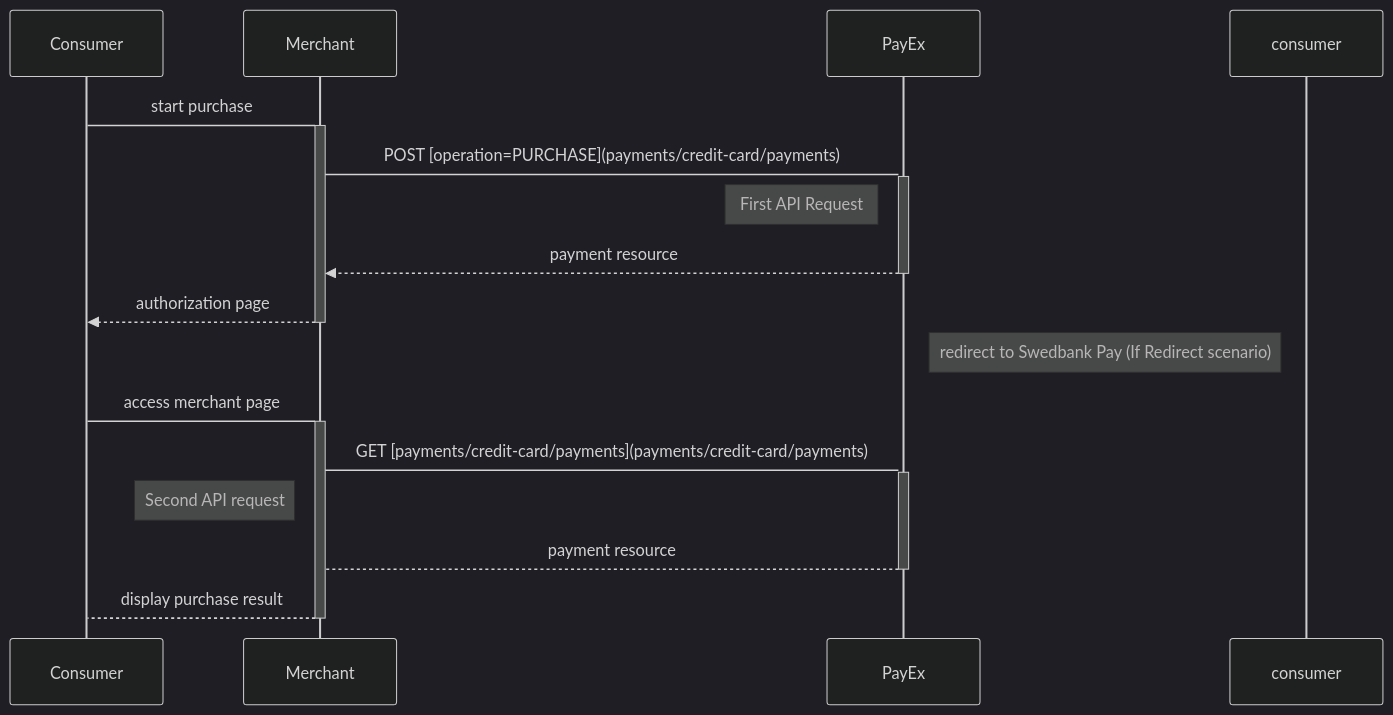
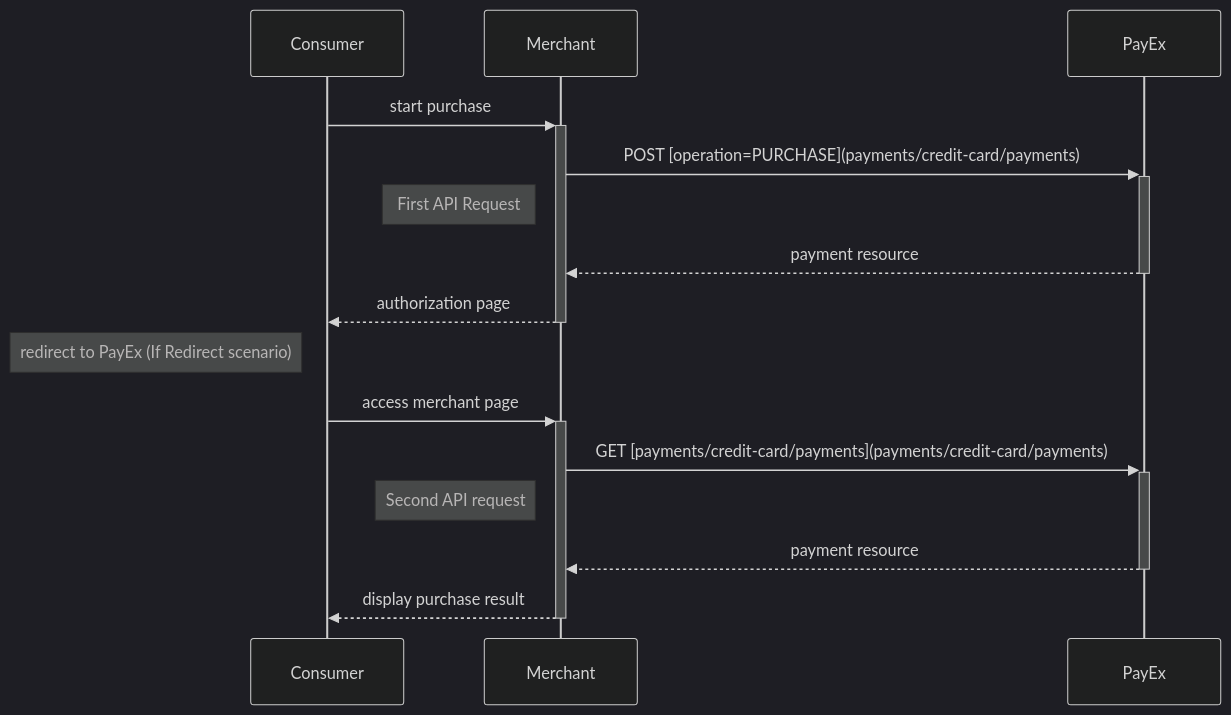
Before and after one commit to SwedbankPay/developer.swedbankpay.com: the first of 2 diagrams in payments/credit-card/index.md, drawn with Mermaid (dark theme). The commit also changed other lines of this file and 3 other files, not shown here.

````diff
--- a/payments/credit-card/index.md
+++ b/payments/credit-card/index.md
@@ -65,15 +73,15 @@
 ```mermaid
 sequenceDiagram
-    Consumer->+Merchant: start purchase
-    Merchant->+PayEx: POST [operation=PURCHASE](payments/credit-card/payments)
-    Note left of PayEx: First API Request
+    Consumer->>+Merchant: start purchase
+    Merchant->>+PayEx: POST [operation=PURCHASE](payments/credit-card/payments)
+    Note left of Merchant: First API Request
     PayEx-->>-Merchant: payment resource
     Merchant-->>-Consumer: authorization page
-    note left of consumer: redirect to Swedbank Pay (If Redirect scenario)
+    note left of Consumer: redirect to PayEx (If Redirect scenario)
 
-    Consumer->+Merchant: access merchant page
-    Merchant->+PayEx: GET [payments/credit-card/payments](payments/credit-card/payments)
+    Consumer->>+Merchant: access merchant page
+    Merchant->>+PayEx: GET [payments/credit-card/payments](payments/credit-card/payments)
     note left of Merchant: Second API request
-    PayEx-->-Merchant: payment resource
-    Merchant-->-Consumer: display purchase result
+    PayEx-->>-Merchant: payment resource
+    Merchant-->>-Consumer: display purchase result
 ```
````
